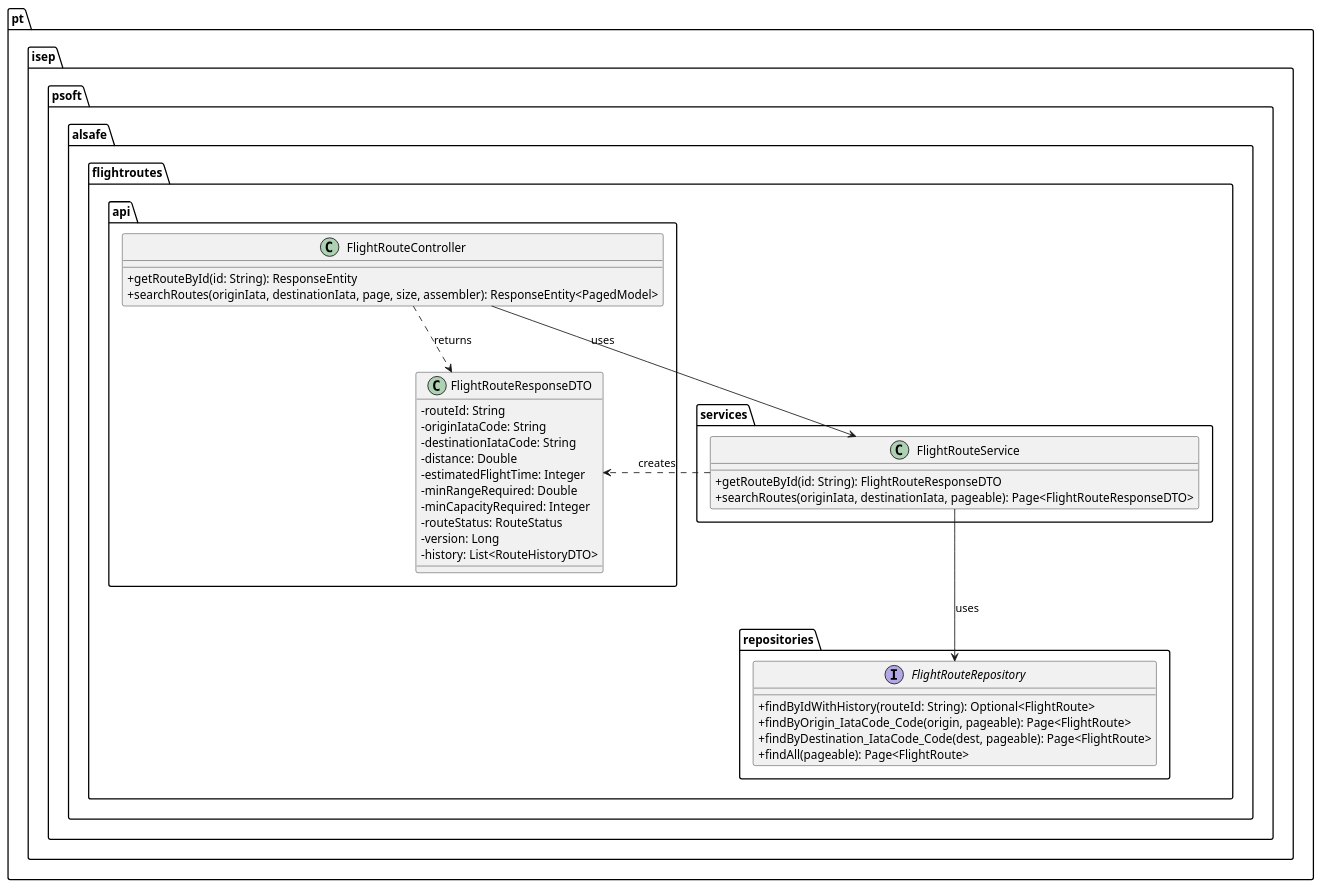
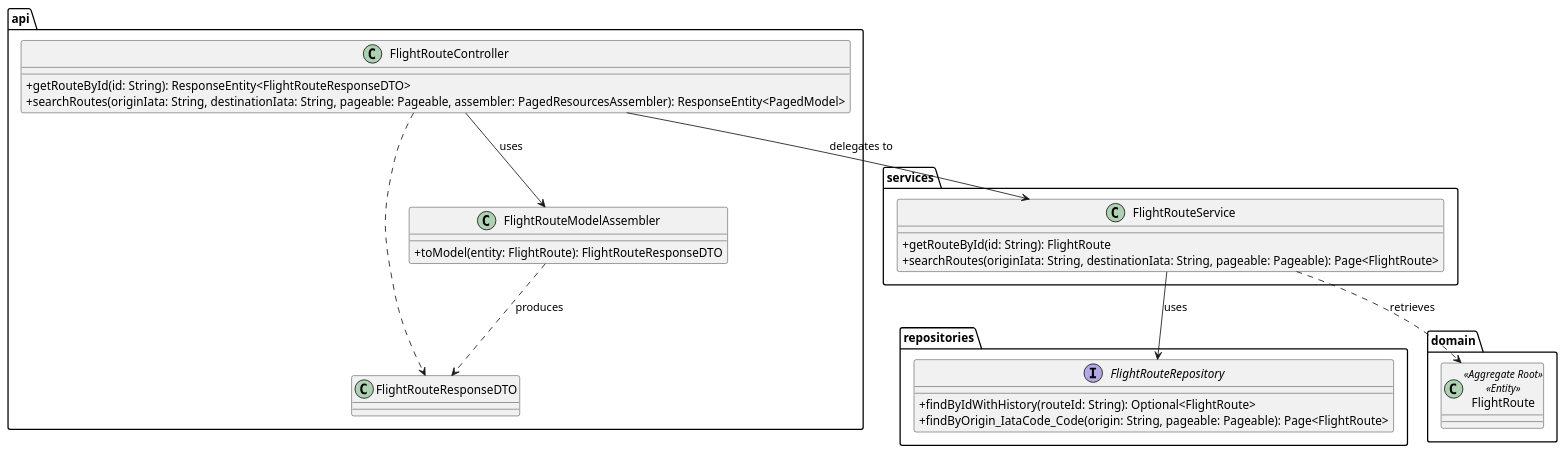
One commit to Andre-1240567/psoft2026_2DB_1240567_1241013_1240624 changed the diagram in docs/use-cases/WP#3A/US113/puml/US113-CD.puml. Above: the diagram before and after it, drawn with PlantUML. The commit also changed 43 other files, not shown here.

```diff
--- a/docs/use-cases/WP#3A/US113/puml/US113-CD.puml
+++ b/docs/use-cases/WP#3A/US113/puml/US113-CD.puml
@@ -1,44 +1,40 @@
-@startuml
+@startuml US113-CD
 skinparam classAttributeIconSize 0
 
-package "pt.isep.psoft.alsafe.flightroutes.api" {
+package "api" {
     class FlightRouteController {
-        + getRouteById(id: String): ResponseEntity
-        + searchRoutes(originIata, destinationIata, page, size, assembler): ResponseEntity<PagedModel>
+        + getRouteById(id: String): ResponseEntity<FlightRouteResponseDTO>
+        + searchRoutes(originIata: String, destinationIata: String, pageable: Pageable, assembler: PagedResourcesAssembler): ResponseEntity<PagedModel>
     }
-    class FlightRouteResponseDTO {
-        - routeId: String
-        - originIataCode: String
-        - destinationIataCode: String
-        - distance: Double
-        - estimatedFlightTime: Integer
-        - minRangeRequired: Double
-        - minCapacityRequired: Integer
-        - routeStatus: RouteStatus
-        - version: Long
-        - history: List<RouteHistoryDTO>
+    class FlightRouteResponseDTO
+    class FlightRouteModelAssembler {
+        + toModel(entity: FlightRoute): FlightRouteResponseDTO
     }
 }
 
-package "pt.isep.psoft.alsafe.flightroutes.services" {
+package "services" {
     class FlightRouteService {
-        + getRouteById(id: String): FlightRouteResponseDTO
-        + searchRoutes(originIata, destinationIata, pageable): Page<FlightRouteResponseDTO>
+        + getRouteById(id: String): FlightRoute
+        + searchRoutes(originIata: String, destinationIata: String, pageable: Pageable): Page<FlightRoute>
     }
 }
 
-package "pt.isep.psoft.alsafe.flightroutes.repositories" {
+package "repositories" {
     interface FlightRouteRepository {
         + findByIdWithHistory(routeId: String): Optional<FlightRoute>
-        + findByOrigin_IataCode_Code(origin, pageable): Page<FlightRoute>
-        + findByDestination_IataCode_Code(dest, pageable): Page<FlightRoute>
-        + findAll(pageable): Page<FlightRoute>
+        + findByOrigin_IataCode_Code(origin: String, pageable: Pageable): Page<FlightRoute>
     }
 }
 
-FlightRouteController --> FlightRouteService : uses
+package "domain" {
+    class FlightRoute <<Aggregate Root>> <<Entity>>
+}
+
+FlightRouteController ..> FlightRouteResponseDTO
+FlightRouteController --> FlightRouteService : delegates to
+FlightRouteController --> FlightRouteModelAssembler : uses
+FlightRouteModelAssembler ..> FlightRouteResponseDTO : produces
 FlightRouteService --> FlightRouteRepository : uses
-FlightRouteService ..> FlightRouteResponseDTO : creates
-FlightRouteController ..> FlightRouteResponseDTO : returns
+FlightRouteService ..> FlightRoute : retrieves
 
 @enduml
```
